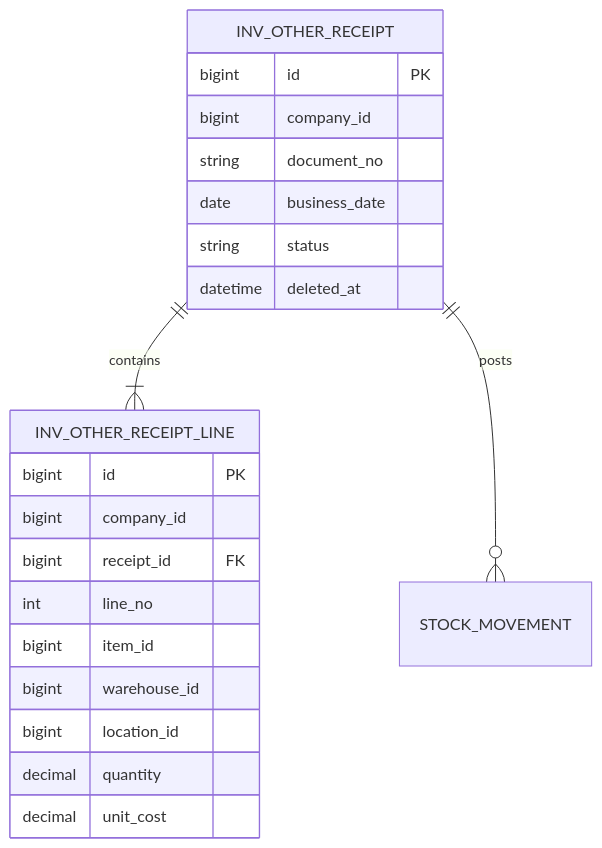
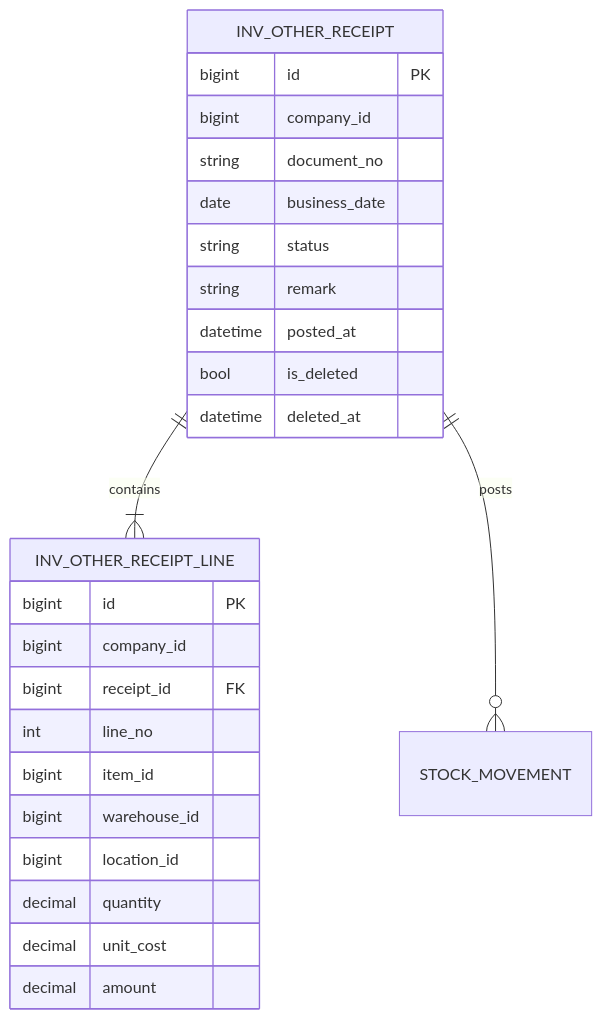
The second of 2 diagrams in docs/02-modules/INV/data-structure.md (snowwhite10/MyERP), drawn with Mermaid before and after one commit. The commit also changed other lines of this file and 24 other files, not shown here.

````diff
--- a/docs/02-modules/INV/data-structure.md
+++ b/docs/02-modules/INV/data-structure.md
@@ -60,24 +60,28 @@
 ```mermaid
 erDiagram
     INV_OTHER_RECEIPT ||--|{ INV_OTHER_RECEIPT_LINE : contains
     INV_OTHER_RECEIPT ||--o{ STOCK_MOVEMENT : posts
     INV_OTHER_RECEIPT {
         bigint id PK
         bigint company_id
         string document_no
         date business_date
         string status
+        string remark
+        datetime posted_at
+        bool is_deleted
         datetime deleted_at
     }
     INV_OTHER_RECEIPT_LINE {
         bigint id PK
         bigint company_id
         bigint receipt_id FK
         int line_no
         bigint item_id
         bigint warehouse_id
         bigint location_id
         decimal quantity
         decimal unit_cost
+        decimal amount
     }
 ```
````
